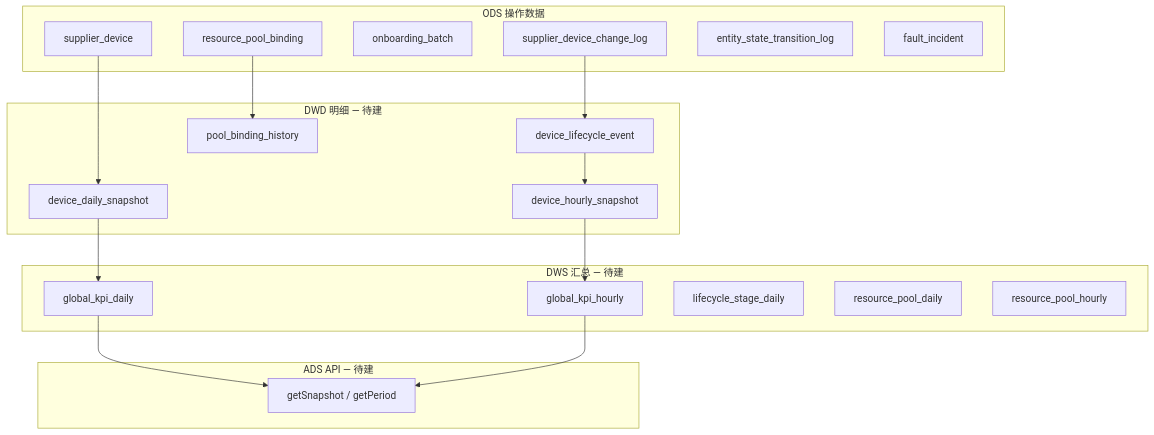
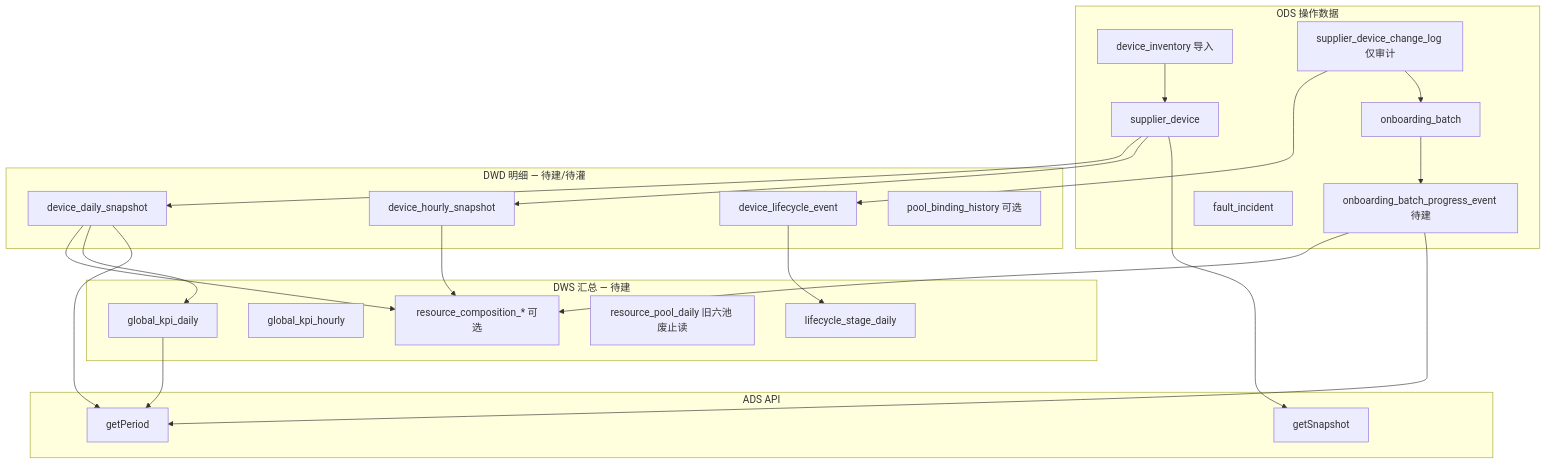
Before and after one commit to metacode0602/opencomfy-hub: the diagram in apps/web/content/design/global-dashboard-period-analytics.md, drawn with Mermaid. The commit also changed other lines of this file and 13 other files, not shown here.

````diff
--- a/apps/web/content/design/global-dashboard-period-analytics.md
+++ b/apps/web/content/design/global-dashboard-period-analytics.md
@@ -157,39 +177,47 @@
 ```mermaid
 flowchart TB
   subgraph ODS["ODS 操作数据"]
     DEV[supplier_device]
-    CL[supplier_device_change_log]
+    INV[device_inventory 导入]
+    CL[supplier_device_change_log 仅审计]
     BATCH[onboarding_batch]
-    POOL[resource_pool_binding]
-    LOG[entity_state_transition_log]
+    EV[onboarding_batch_progress_event 待建]
     FAULT[fault_incident]
   end
 
-  subgraph DWD["DWD 明细 — 待建"]
+  subgraph DWD["DWD 明细 — 待建/待灌"]
     EVT[device_lifecycle_event]
     SNAP_D[device_daily_snapshot]
     SNAP_H[device_hourly_snapshot]
-    POOL_HIST[pool_binding_history]
+    POOL_HIST[pool_binding_history 可选]
   end
 
   subgraph DWS["DWS 汇总 — 待建"]
     KPI_D[global_kpi_daily]
     KPI_H[global_kpi_hourly]
     STAGE_D[lifecycle_stage_daily]
-    POOL_D[resource_pool_daily]
-    POOL_H[resource_pool_hourly]
+    POOL_D[resource_pool_daily 旧六池 废止读]
+    COMP_D[resource_composition_* 可选]
   end
 
-  subgraph ADS["ADS API — 待建"]
-    API[getSnapshot / getPeriod]
+  subgraph ADS["ADS API"]
+    SNAP_API[getSnapshot]
+    PER_API[getPeriod]
   end
 
+  INV --> DEV
+  DEV --> SNAP_D
+  DEV --> SNAP_H
   CL --> EVT
-  DEV --> SNAP_D
-  EVT --> SNAP_H
-  POOL --> POOL_HIST
+  BATCH --> EV
+  CL --> BATCH
+  EVT --> STAGE_D
+  SNAP_D --> COMP_D
+  SNAP_H --> COMP_D
+  EV --> COMP_D
   SNAP_D --> KPI_D
-  SNAP_H --> KPI_H
-  KPI_D --> API
-  KPI_H --> API
+  DEV --> SNAP_API
+  SNAP_D --> PER_API
+  EV --> PER_API
+  KPI_D --> PER_API
 ```
````
